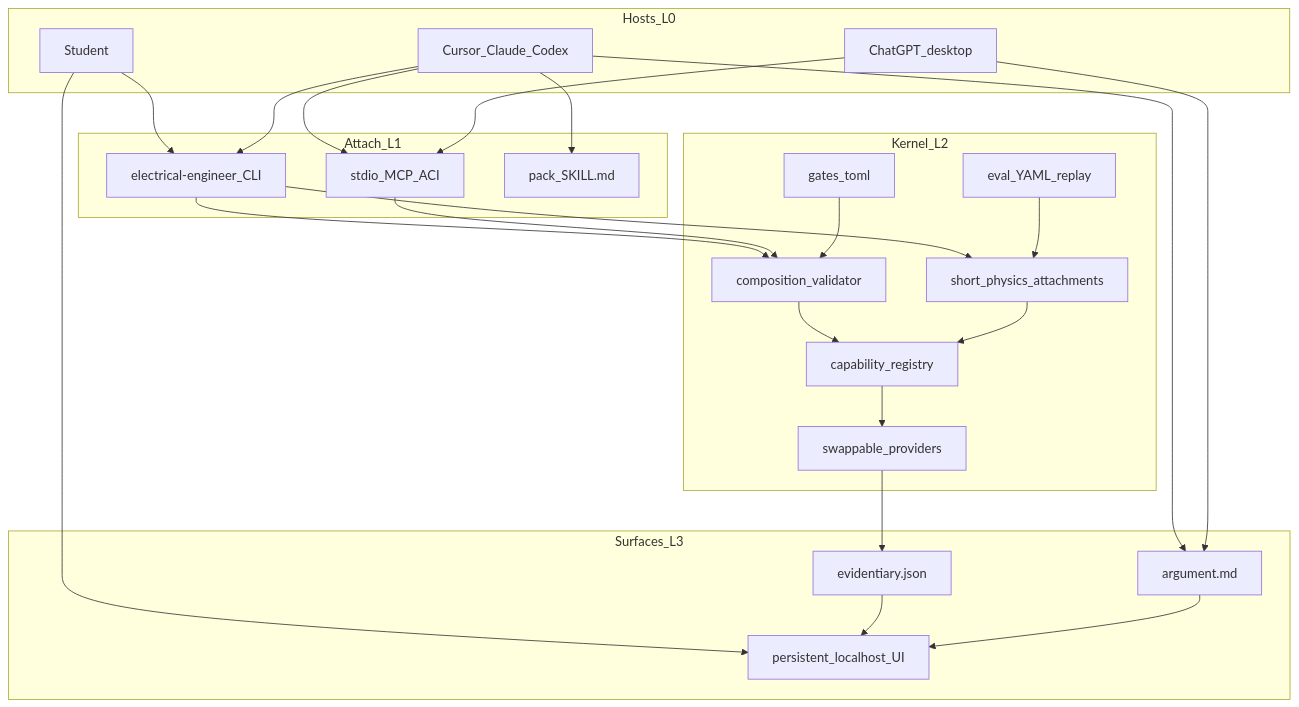
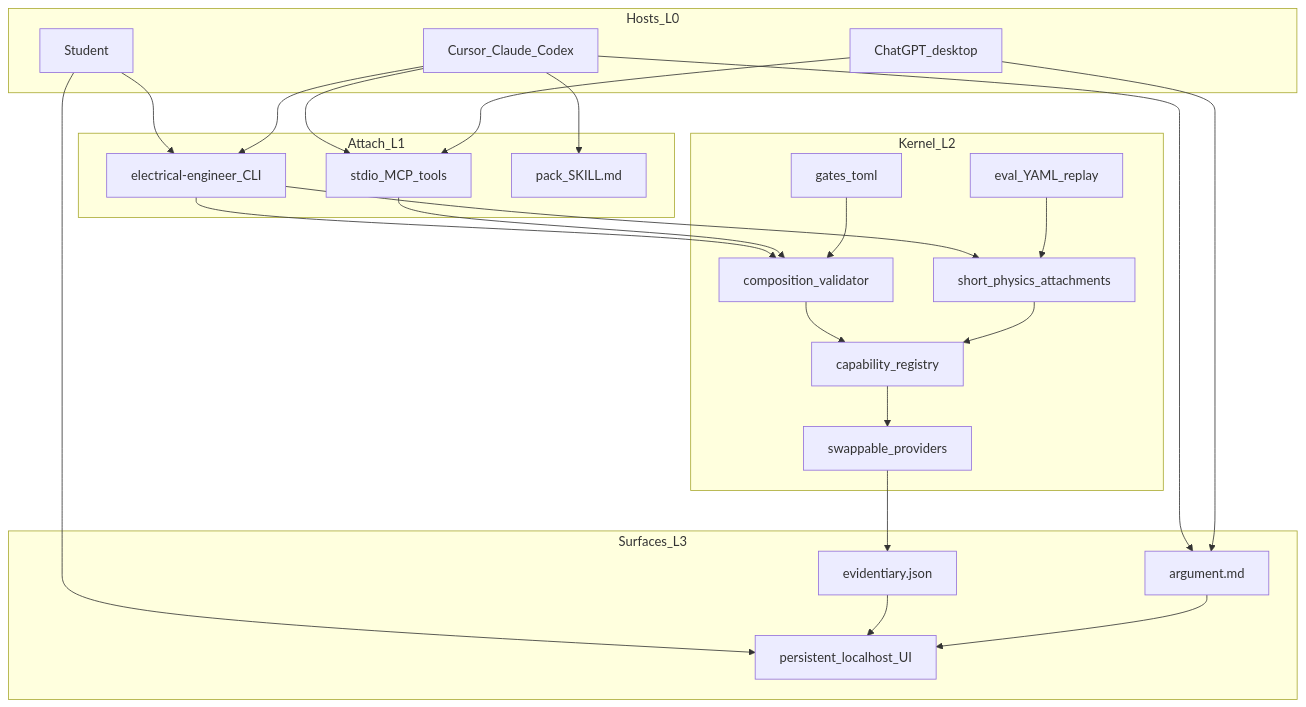
The diagram in docs/ARCHITECTURE.md (Vinayak-RZ/ARC), drawn with Mermaid before and after one commit. The commit also changed other lines of this file and 8 other files, not shown here.

````diff
--- a/docs/ARCHITECTURE.md
+++ b/docs/ARCHITECTURE.md
@@ -129,45 +129,45 @@
 ```mermaid
 flowchart TB
   subgraph hosts [Hosts_L0]
     Student[Student]
     Cursor[Cursor_Claude_Codex]
     ChatDesk[ChatGPT_desktop]
   end
   subgraph attach [Attach_L1]
     CLI[electrical-engineer_CLI]
-    MCP[stdio_MCP_ACI]
+    MCP[stdio_MCP_tools]
     Skills[pack_SKILL.md]
   end
   subgraph kernel [Kernel_L2]
     Val[composition_validator]
     Caps[capability_registry]
     Providers[swappable_providers]
     AttachYaml[short_physics_attachments]
     Eval[eval_YAML_replay]
     Gates[gates_toml]
   end
   subgraph surfaces [Surfaces_L3]
     UI[persistent_localhost_UI]
     Ev[evidentiary.json]
     Arg[argument.md]
   end
   Student --> CLI
   Student --> UI
   Cursor --> MCP
   Cursor --> CLI
   Cursor --> Skills
   ChatDesk --> MCP
   CLI --> Val
   MCP --> Val
   Val --> Caps
   Caps --> Providers
   CLI --> AttachYaml
   AttachYaml --> Caps
   Eval --> AttachYaml
   Providers --> Ev
   Cursor --> Arg
   ChatDesk --> Arg
   Ev --> UI
   Arg --> UI
   Gates --> Val
 ```
````
